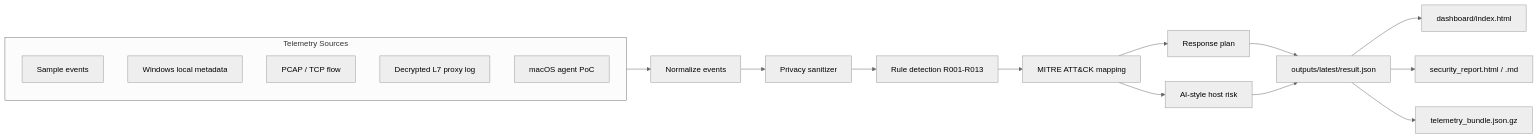
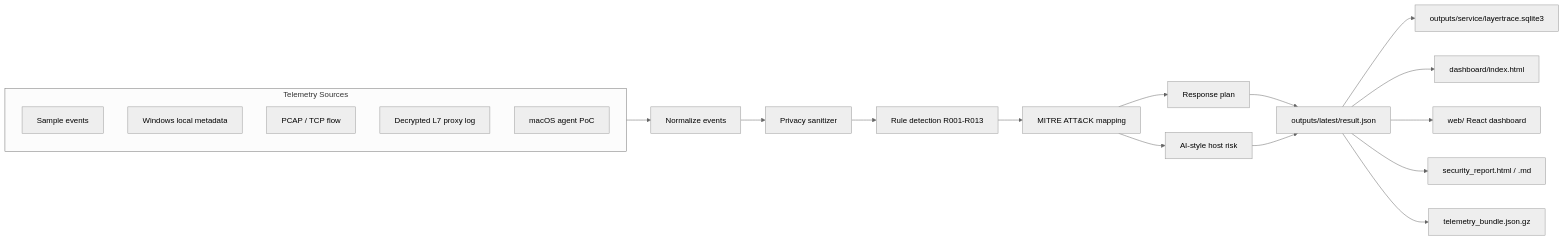
The diagram in README.md (altius03/team-C-edr), drawn with Mermaid (neutral theme) before and after one commit. The commit also changed other lines of this file and 24 other files, not shown here.

````diff
--- a/README.md
+++ b/README.md
@@ -35,22 +36,24 @@
 ```mermaid
 flowchart LR
   subgraph INPUT["Telemetry Sources"]
     A["Sample events"]
     B["Windows local metadata"]
     C["PCAP / TCP flow"]
     D["Decrypted L7 proxy log"]
     E["macOS agent PoC"]
   end
 
   INPUT --> N["Normalize events"]
   N --> P["Privacy sanitizer"]
   P --> R["Rule detection R001-R013"]
   R --> M["MITRE ATT&CK mapping"]
   M --> X["Response plan"]
   M --> AI["AI-style host risk"]
   X --> O["outputs/latest/result.json"]
   AI --> O
+  O --> DB["outputs/service/layertrace.sqlite3"]
   O --> DASH["dashboard/index.html"]
+  O --> REACT["web/ React dashboard"]
   O --> REP["security_report.html / .md"]
   O --> PIPE["telemetry_bundle.json.gz"]
 ```
````
